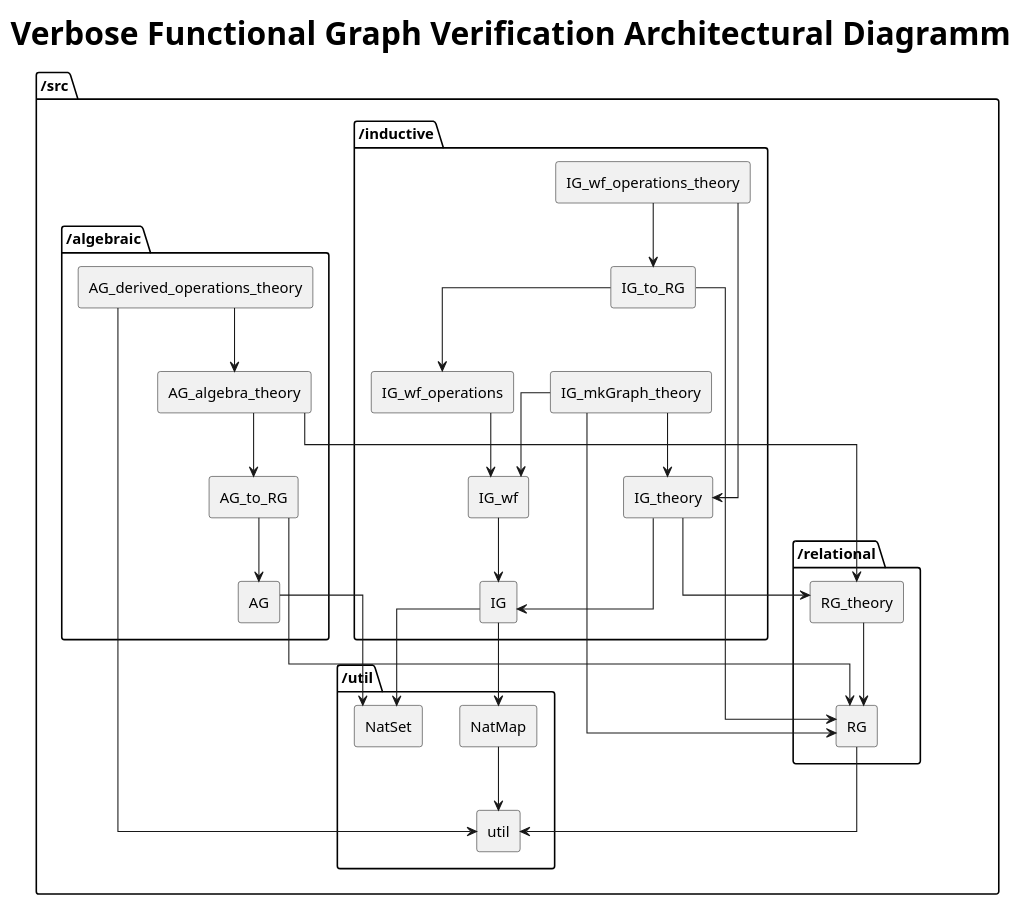
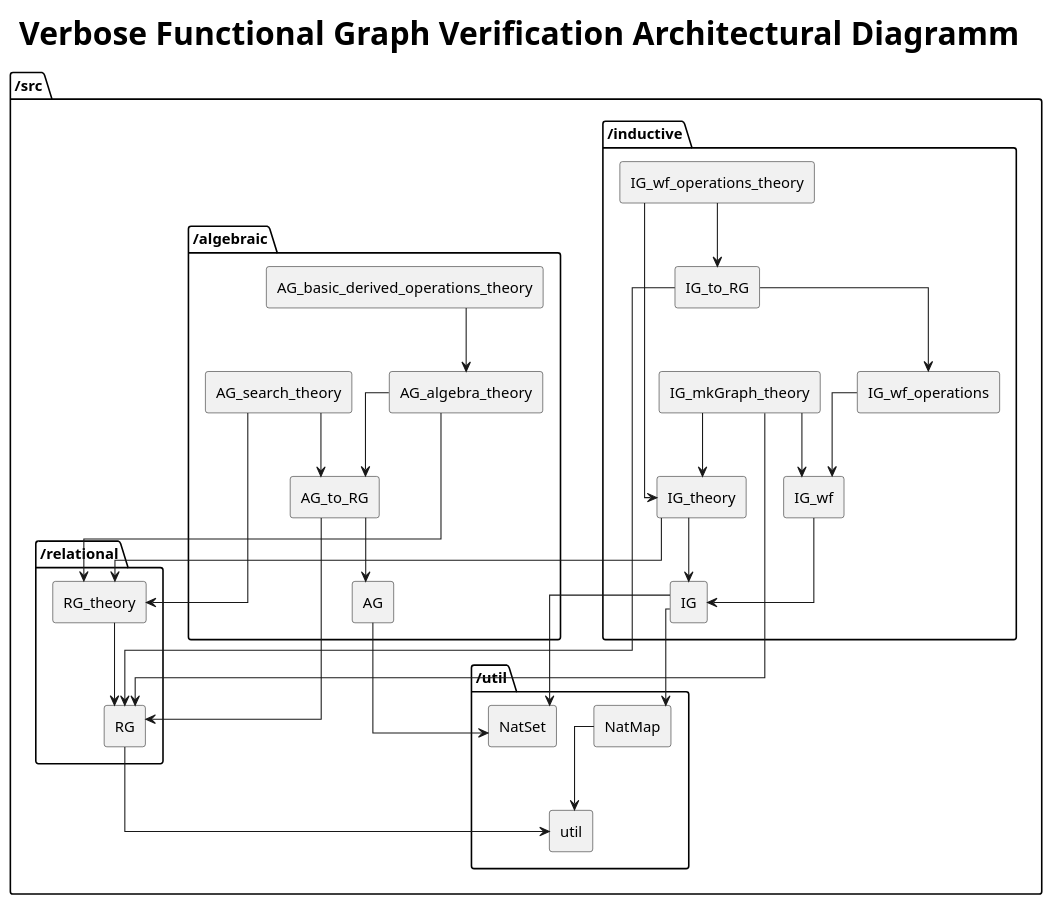
One commit to LonkyFong/functional-graph-verification changed the diagram in documentation/architecture verbose .puml. Above: the diagram before and after it, drawn with PlantUML. The commit also changed 14 other files, not shown here.

Commit message:
Reworked and mostly finalized proof on AG derived operations

```diff
--- a/documentation/architecture verbose .puml
+++ b/documentation/architecture verbose .puml
@@ -1,135 +1,150 @@
 @startuml UI
 
 title <size:30><b>Verbose Functional Graph Verification Architectural Diagramm</b></size>
 
 ' !theme materia
 
 ' skinparam {
 '   backgroundColor #f8f8f8
 '   defaultFontName "Segoe UI"
 '   defaultFontSize 14
 '   shadowing true
 '   roundCorner 20
 '   ArrowColor #555
 '   ArrowThickness 2
 ' }
 
 
 
 
 skinparam linetype ortho
 
 package "/src" {
 
     package "/util" {
         rectangle util
 
         rectangle NatSet
 
         rectangle NatMap
     }
 
 
     package "/relational" {
         rectangle RG
 
         rectangle RG_theory
     }
 
 
     package "/inductive" {
         rectangle IG
 
         rectangle IG_wf
 
         rectangle IG_wf_operations
 
         rectangle IG_to_RG
 
         rectangle IG_theory
 
         rectangle IG_mkGraph_theory
 
         rectangle IG_wf_operations_theory
 
     }
 
     package "/algebraic" {
 
         rectangle AG
 
         rectangle AG_to_RG
 
         rectangle AG_algebra_theory
 
-        rectangle AG_derived_operations_theory
+        rectangle AG_search_theory
+
+        rectangle AG_basic_derived_operations_theory
     }
 
 }
 
 
 NatMap --> util
 RG --> util
 RG_theory --> RG
 
 IG --> NatMap
 IG --> NatSet
 ' IG --> util
 
 ' IG_wf --> util
 ' IG_wf --> NatMap
 IG_wf --> IG
 
 ' IG_wf_operations --> NatMap
 ' IG_wf_operations --> IG
 IG_wf_operations --> IG_wf
 
 ' IG_to_RG --> util
 IG_to_RG --> RG
 ' IG_to_RG --> IG
 IG_to_RG --> IG_wf_operations
 
 
 ' IG_theory --> util
 ' IG_theory --> NatSet
 ' IG_theory --> NatMap
 ' IG_theory --> RG
 IG_theory --> RG_theory
 IG_theory --> IG
 
 
 ' IG_mkGraph_theory --> util
 ' IG_mkGraph_theory --> NatMap
 IG_mkGraph_theory --> RG
 ' IG_mkGraph_theory --> RG_theory
 ' IG_mkGraph_theory --> IG
 IG_mkGraph_theory --> IG_wf
 IG_mkGraph_theory --> IG_theory
 
 
 ' IG_wf_operations_theory --> NatSet
 ' IG_wf_operations_theory --> NatMap
 ' IG_wf_operations_theory --> RG
 ' IG_wf_operations_theory --> RG_theory
 ' IG_wf_operations_theory --> IG
 ' IG_wf_operations_theory --> IG_wf
 IG_wf_operations_theory --> IG_theory
 ' IG_wf_operations_theory --> IG_wf_operations
 IG_wf_operations_theory --> IG_to_RG
 
 AG --> NatSet
 
 AG_to_RG --> RG
 AG_to_RG --> AG
 
 ' AG_algebra_theory --> NatSet
 ' AG_algebra_theory --> RG
 AG_algebra_theory --> RG_theory
 ' AG_algebra_theory --> AG
 AG_algebra_theory --> AG_to_RG
 
-AG_derived_operations_theory --> AG_algebra_theory
-AG_derived_operations_theory --> util
+
+' AG_search_theory --> NatSet
+' AG_search_theory --> util
+' AG_search_theory --> RG
+AG_search_theory --> RG_theory
+' AG_search_theory --> AG
+AG_search_theory --> AG_to_RG
 
 
+
+' AG_basic_derived_operations_theory --> util
+' AG_basic_derived_operations_theory --> RG
+' AG_basic_derived_operations_theory --> RG_theory
+' AG_basic_derived_operations_theory --> AG
+' AG_basic_derived_operations_theory --> AG_to_RG
+AG_basic_derived_operations_theory --> AG_algebra_theory
+
 @enduml
```
